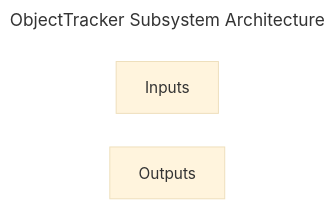
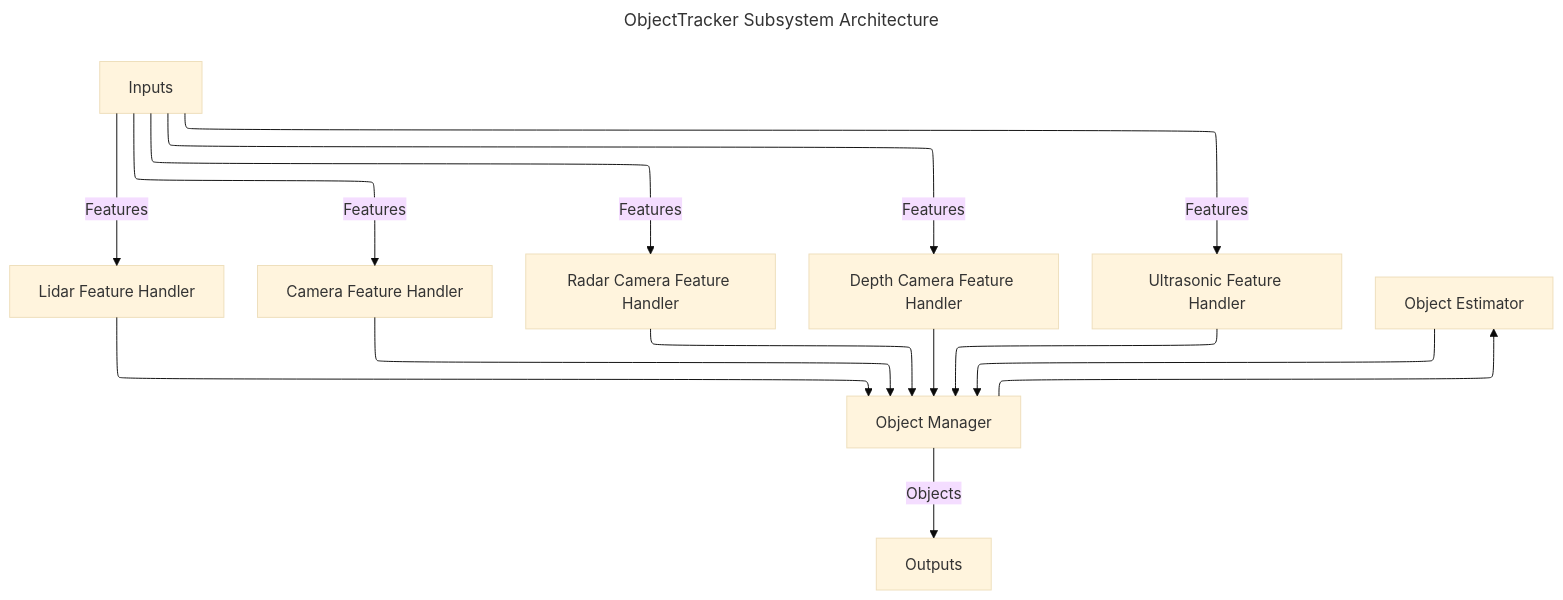
Before and after one commit to fastrobotics/robot_framework: the diagram in Systems/Perception/Subsystems/ObjectTracker/doc/mermaid/ObjectTrackerSubsystemArchitecture.mmd, drawn with Mermaid. The commit also changed 111 other files, not shown here.

```diff
--- a/Systems/Perception/Subsystems/ObjectTracker/doc/mermaid/ObjectTrackerSubsystemArchitecture.mmd
+++ b/Systems/Perception/Subsystems/ObjectTracker/doc/mermaid/ObjectTrackerSubsystemArchitecture.mmd
@@ -1,37 +1,62 @@
 ---
 # @compare_tag Subsystem-MermaidArchitecture v0.1
 config:
   layout: elk
   theme: base
   themeCSS: |
     .node rect { fill: rgba(30, 30, 46, 0.16) !important; stroke: #000000 !important; }
     .label { fill: #000000 !important; }
 
     .cssBoundary rect { fill: #ffffff !important; stroke: #000000 !important; }
     .cssBoundary .label { fill: #000000 !important; }
 
     .cssInvestigating rect { fill: #ffff00 !important; stroke: #000000 !important; }
     .cssInvestigating .label { fill: #000000 !important; }
 
     .cssDeveloping rect { fill: #ffab00 !important; stroke: #000000 !important; }
     .cssDeveloping .label { fill: #000000 !important; }
 
     .cssTrivialComplete rect { fill: #ffc0cb !important; stroke: #000000 !important; }
     .cssTrivialComplete .label { fill: #000000 !important; }
 
     .cssMinimalComplete rect { fill: #00ff00 !important; stroke: #000000 !important; }
     .cssMinimalComplete .label { fill: #000000 !important; }
 
     .cssFullyComplete rect { fill: #00ffff !important; stroke: #000000 !important; }
     .cssFullyComplete .label { fill: #000000 !important; }
 
     .cssSkipped rect { fill: #ff0000 !important; stroke: #000000 !important; }
     .cssSkipped .label { fill: #000000 !important; }
 
 title: ObjectTracker Subsystem Architecture
 ---
-graph LR
+graph TD
     Inputs
     Outputs
+    LidarFeatureHandler[Lidar Feature Handler]
+    CameraFeatureHandler[Camera Feature Handler]
+    RadarFeatureHandler[Radar Camera Feature Handler]
+    DepthCameraFeatureHandler[Depth Camera Feature Handler]
+    UltrasonicFeatureHandler[Ultrasonic Feature Handler]
+
+    ObjectManager[Object Manager]
+    ObjectEstimator[Object Estimator]
+
+    Inputs --> | Features | LidarFeatureHandler
+    Inputs --> | Features | CameraFeatureHandler
+    Inputs --> | Features | RadarFeatureHandler
+    Inputs --> | Features | DepthCameraFeatureHandler
+    Inputs --> | Features | UltrasonicFeatureHandler
+
+    LidarFeatureHandler --> ObjectManager
+    CameraFeatureHandler --> ObjectManager
+    RadarFeatureHandler --> ObjectManager
+    DepthCameraFeatureHandler --> ObjectManager
+    UltrasonicFeatureHandler --> ObjectManager
+
+    ObjectManager --> ObjectEstimator
+    ObjectEstimator --> ObjectManager
+    ObjectManager --> | Objects | Outputs
 
     class Inputs,Outputs cssBoundary
+    class DepthCameraFeatureHandler,ObjectEstimator,ObjectManager cssInvestigating
```
